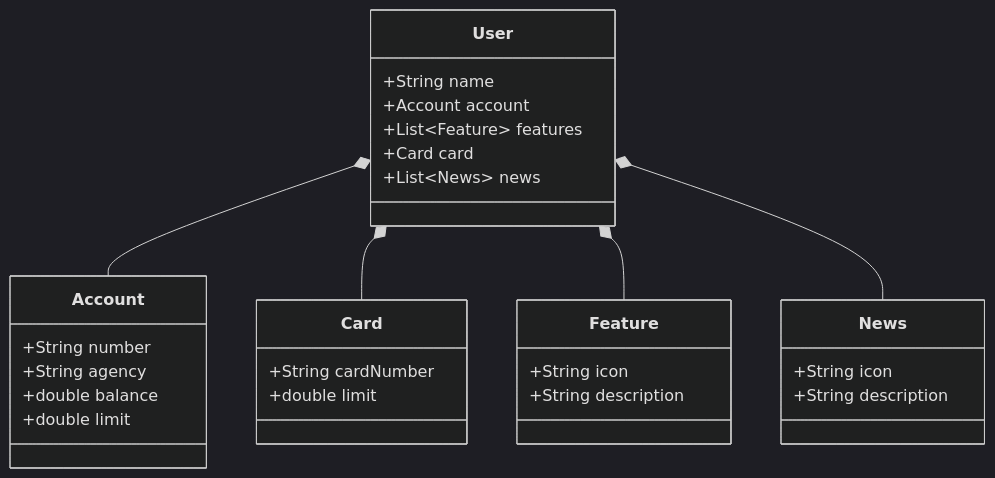
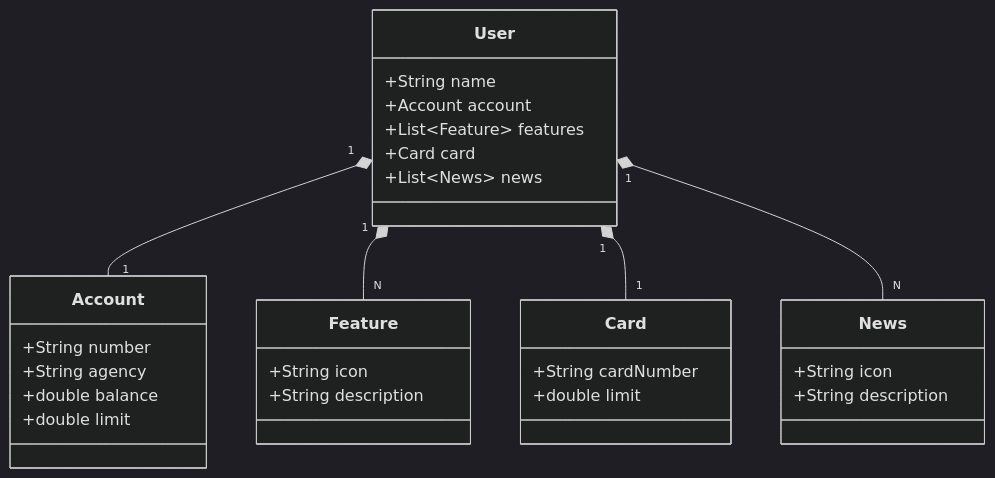
The diagram in README.md (andreyrosa/santander-dev-week), drawn with Mermaid (dark theme) before and after one commit.

````diff
--- a/README.md
+++ b/README.md
@@ -6,37 +6,37 @@
 ```mermaid
 classDiagram
     class User {
         +String name
         +Account account
         +List~Feature~ features
         +Card card
         +List~News~ news
     }
 
     class Account {
         +String number
         +String agency
         +double balance
         +double limit
     }
 
     class Feature {
         +String icon
         +String description
     }
 
     class Card {
         +String cardNumber
         +double limit
     }
 
     class News {
         +String icon
         +String description
     }
 
-    User *-- Account
-    User *-- Card
-    User *-- Feature
-    User *-- News
+    User "1" *-- "1" Account
+    User "1" *-- "N" Feature
+    User "1" *-- "1" Card
+    User "1" *-- "N" News
 ```
````
